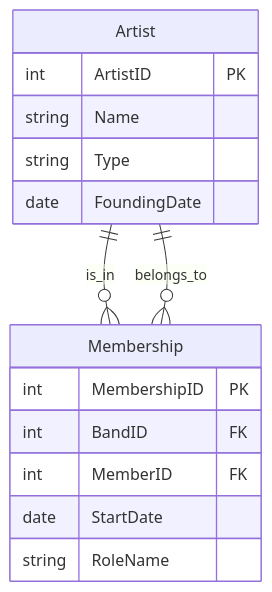
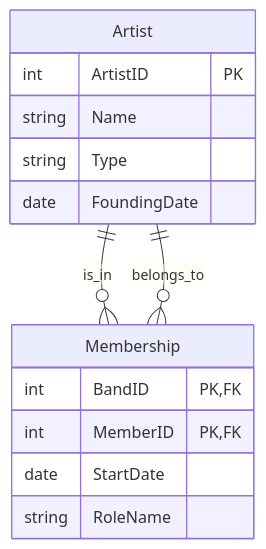
Before and after one commit to sreent/data-management-intro: the first of 2 diagrams in Lectures/Solution Sheets - March 2023.md, drawn with Mermaid. The commit also changed other lines of this file, not shown here.

````diff
--- a/Lectures/Solution Sheets - March 2023.md
+++ b/Lectures/Solution Sheets - March 2023.md
@@ -186,22 +186,25 @@
 ```mermaid
 erDiagram
     Artist {
         int ArtistID PK
         string Name
         string Type
         %% 'Person' or 'MusicGroup'
         date FoundingDate
         %% relevant if Type='MusicGroup'
     }
 
     Membership {
-        int MembershipID PK
-        int BandID FK
-        int MemberID FK
+        int BandID PK, FK
+        int MemberID PK, FK
         date StartDate
         string RoleName
     }
 
+    %% Relationship lines:
+    %%  - "is_in" and "belongs_to" reflect that (BandID) and (MemberID)
+    %%    both reference rows in Artist (Type = 'MusicGroup' vs 'Person').
+
     Artist ||--o{ Membership : is_in
     Artist ||--o{ Membership : belongs_to
 ```
````
